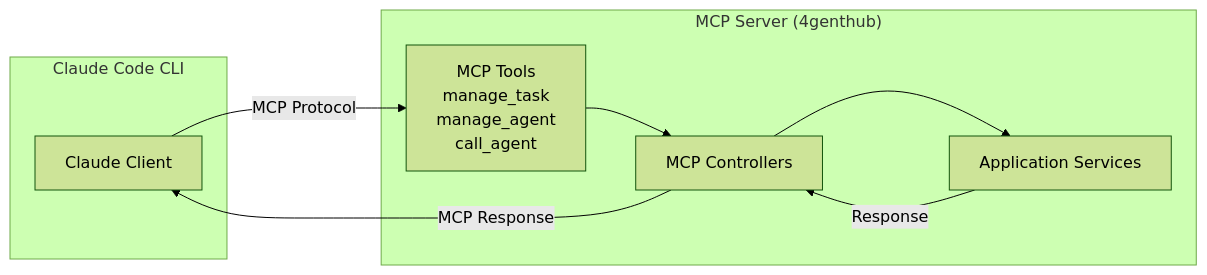
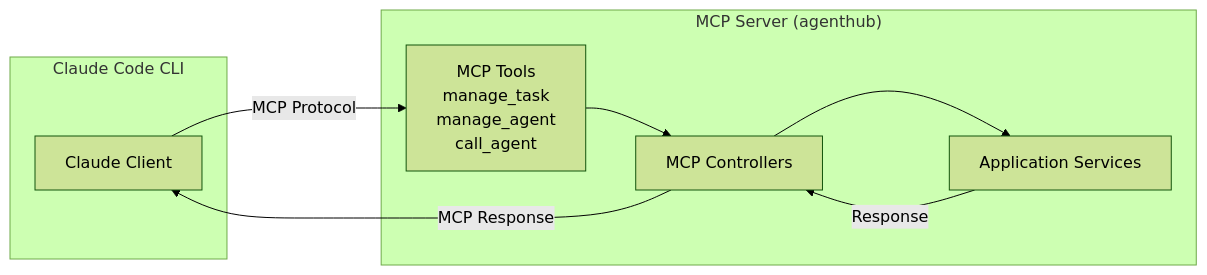
Before and after one commit to phamhung075/4genthub: the fourth of 4 diagrams in ai_docs/core-architecture/system-architecture-overview.md, drawn with Mermaid (forest theme). The commit also changed other lines of this file and 2671 other files, not shown here.

````diff
--- a/ai_docs/core-architecture/system-architecture-overview.md
+++ b/ai_docs/core-architecture/system-architecture-overview.md
@@ -212,18 +212,18 @@
 ```mermaid
 graph LR
     subgraph "Claude Code CLI"
         CC[Claude Client]
     end
     
-    subgraph "MCP Server (4genthub)"
+    subgraph "MCP Server (agenthub)"
         TOOLS[MCP Tools<br/>manage_task<br/>manage_agent<br/>call_agent]
         CTRL[MCP Controllers]
         SVC[Application Services]
     end
     
     CC -->|MCP Protocol| TOOLS
     TOOLS --> CTRL
     CTRL --> SVC
     SVC -->|Response| CTRL
     CTRL -->|MCP Response| CC
 ```
````
